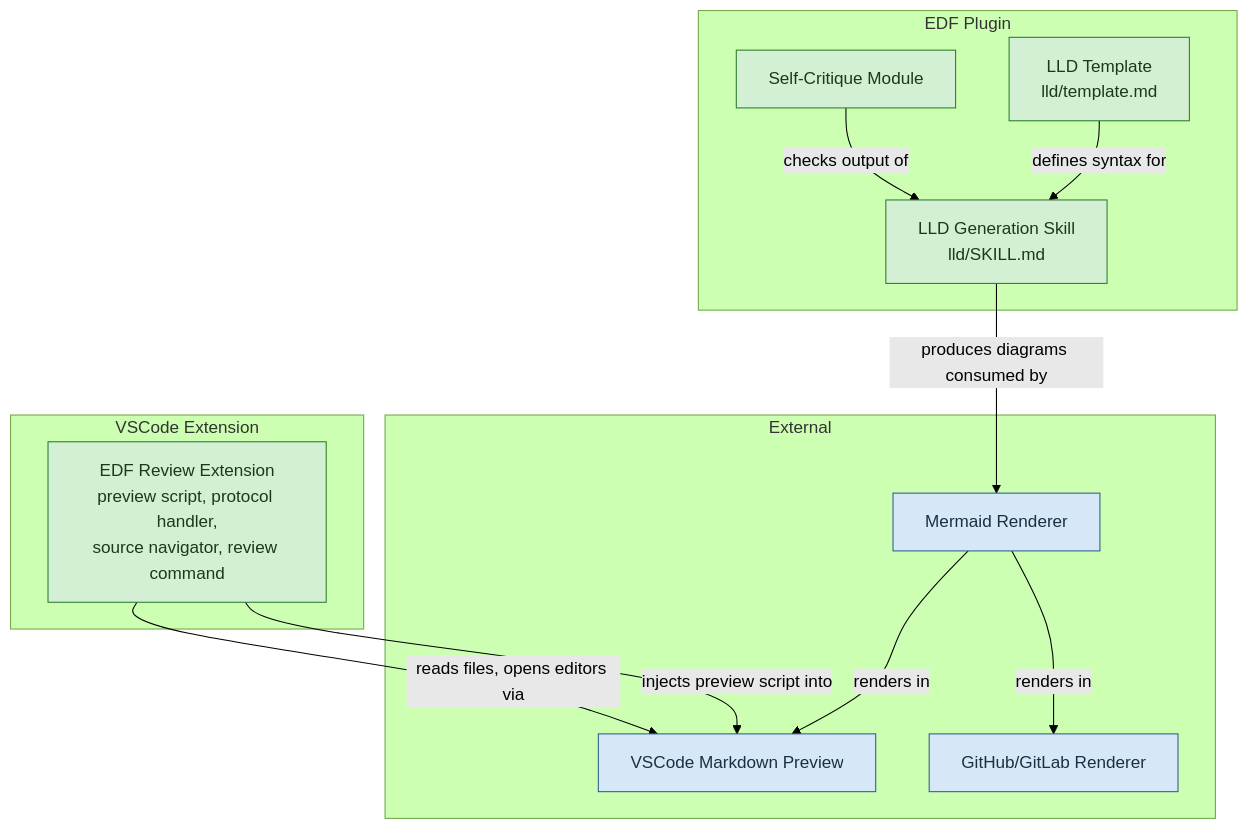
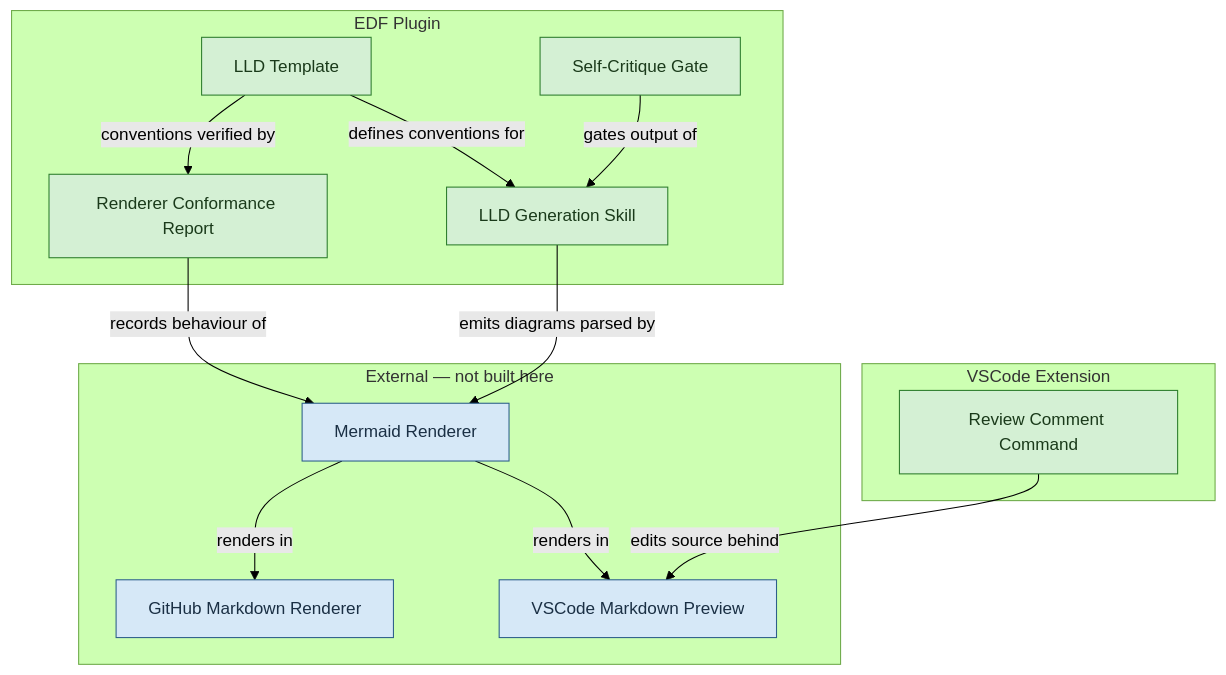
One commit to mironyx/engineering-delivery-framework changed the first of 5 diagrams in plugins/edf/docs/design/v1/v1-design.md. Above: the diagram before and after it, drawn with Mermaid (forest theme). The commit also changed other lines of this file, not shown here.

````diff
--- a/plugins/edf/docs/design/v1/v1-design.md
+++ b/plugins/edf/docs/design/v1/v1-design.md
@@ -105,32 +177,34 @@
 ```mermaid
-graph TD
-    subgraph "EDF Plugin"
-        Template[LLD Template<br/>lld/template.md]
-        Skill[LLD Generation Skill<br/>lld/SKILL.md]
-        Critique[Self-Critique Module]
+flowchart TD
+    subgraph sgPlugin["EDF Plugin"]
+        Template["LLD Template"]
+        Skill["LLD Generation Skill"]
+        Critique["Self-Critique Gate"]
+        Report["Renderer Conformance Report"]
     end
 
-    subgraph "VSCode Extension"
-        Extension[EDF Review Extension<br/>preview script, protocol handler,<br/>source navigator, review command]
+    subgraph sgExt["VSCode Extension"]
+        ReviewCmd["Review Comment Command"]
     end
 
-    subgraph "External"
-        Mermaid[Mermaid Renderer]
-        VSCodePreview[VSCode Markdown Preview]
-        GitHubRenderer[GitHub/GitLab Renderer]
+    subgraph sgExternal["External — not built here"]
+        Mermaid["Mermaid Renderer"]
+        Preview["VSCode Markdown Preview"]
+        GitHub["GitHub Markdown Renderer"]
     end
 
-    Template -->|defines syntax for| Skill
-    Skill -->|produces diagrams consumed by| Mermaid
-    Mermaid -->|renders in| VSCodePreview
-    Mermaid -->|renders in| GitHubRenderer
-    Extension -->|injects preview script into| VSCodePreview
-    Extension -->|reads files, opens editors via| VSCodePreview
-    Critique -->|checks output of| Skill
+    Template -->|"defines conventions for"| Skill
+    Skill -->|"emits diagrams parsed by"| Mermaid
+    Critique -->|"gates output of"| Skill
+    Template -->|"conventions verified by"| Report
+    Mermaid -->|"renders in"| Preview
+    Mermaid -->|"renders in"| GitHub
+    Report -->|"records behaviour of"| Mermaid
+    ReviewCmd -->|"edits source behind"| Preview
 
     classDef new fill:#d4f0d4,stroke:#2d7d2d,color:#1a3a1a
-    classDef external fill:#d6e8f7,stroke:#2d5f8a,color:#1a2f44
+    classDef extsvc fill:#d6e8f7,stroke:#2d5f8a,color:#1a2f44
 
-    class Template,Skill,Critique,Extension new
-    class Mermaid,VSCodePreview,GitHubRenderer external
+    class Template,Skill,Critique,Report,ReviewCmd new
+    class Mermaid,Preview,GitHub extsvc
 ```
````
